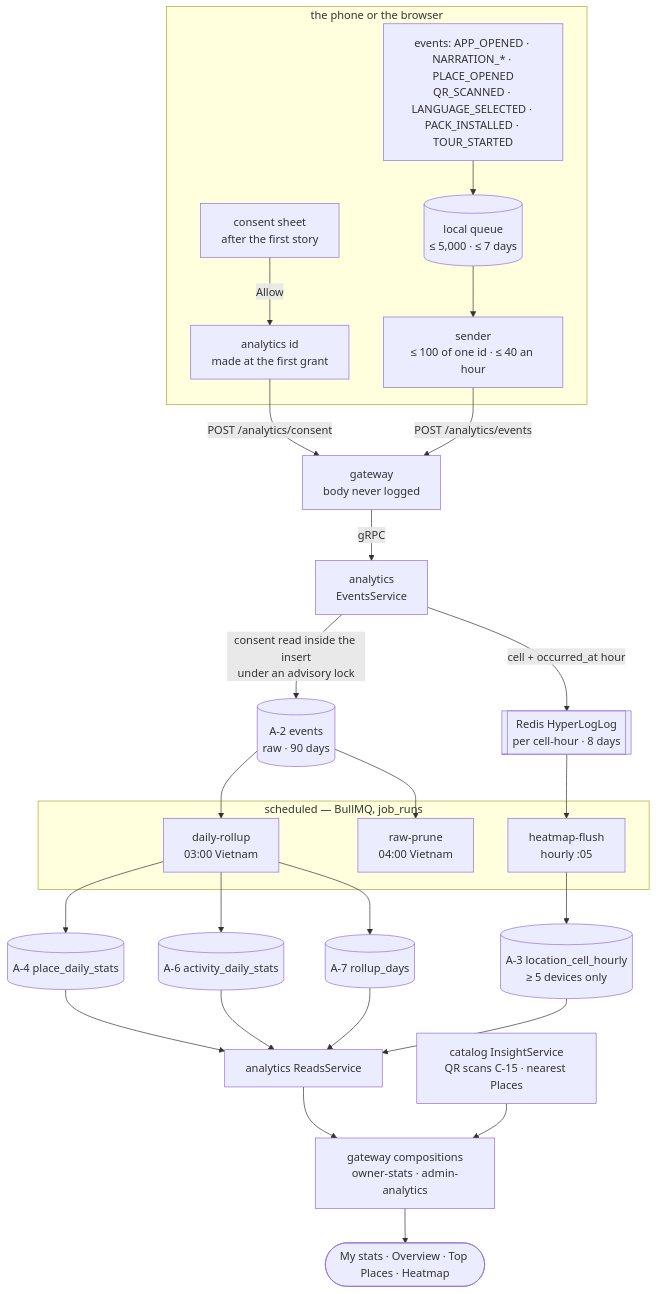
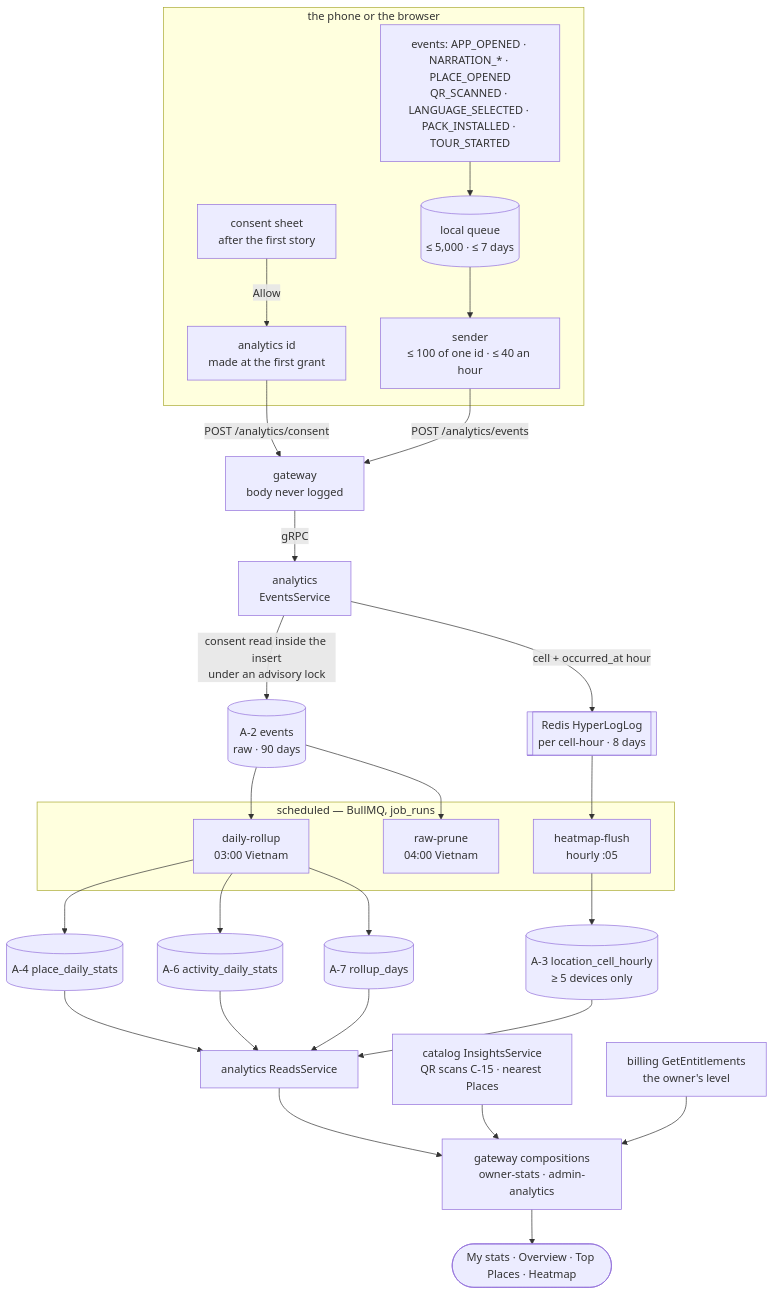
Before and after one commit to dungtq2k5/wayfare: the diagram in docs/reference/flows/analytics.md, drawn with Mermaid. The commit also changed other lines of this file and 11 other files, not shown here.

````diff
--- a/docs/reference/flows/analytics.md
+++ b/docs/reference/flows/analytics.md
@@ -11,32 +11,33 @@
 ```mermaid
 flowchart TD
   subgraph device [the phone or the browser]
     Q[consent sheet<br/>after the first story] -->|Allow| ID[analytics id<br/>made at the first grant]
     EV[events: APP_OPENED · NARRATION_* · PLACE_OPENED<br/>QR_SCANNED · LANGUAGE_SELECTED · PACK_INSTALLED · TOUR_STARTED] --> QU[(local queue<br/>≤ 5,000 · ≤ 7 days)]
     QU --> SE[sender<br/>≤ 100 of one id · ≤ 40 an hour]
   end
 
   SE -->|POST /analytics/events| GW[gateway<br/>body never logged]
   ID -->|POST /analytics/consent| GW
   GW -->|gRPC| AN[analytics<br/>EventsService]
 
   AN -->|consent read inside the insert<br/>under an advisory lock| A2[(A-2 events<br/>raw · 90 days)]
   AN -->|cell + occurred_at hour| HL[[Redis HyperLogLog<br/>per cell-hour · 8 days]]
 
   subgraph jobs [scheduled — BullMQ, job_runs]
     HF[heatmap-flush<br/>hourly :05]
     DR[daily-rollup<br/>03:00 Vietnam]
     RP[raw-prune<br/>04:00 Vietnam]
   end
 
   HL --> HF --> A3[(A-3 location_cell_hourly<br/>≥ 5 devices only)]
   A2 --> DR --> A4[(A-4 place_daily_stats)]
   DR --> A6[(A-6 activity_daily_stats)]
   DR --> A7[(A-7 rollup_days)]
   A2 --> RP
 
   A4 & A6 & A3 & A7 --> RD[analytics ReadsService]
   RD --> GW2[gateway compositions<br/>owner-stats · admin-analytics]
-  CQ[catalog InsightService<br/>QR scans C-15 · nearest Places] --> GW2
+  CQ[catalog InsightsService<br/>QR scans C-15 · nearest Places] --> GW2
+  BE[billing GetEntitlements<br/>the owner's level] --> GW2
   GW2 --> D([My stats · Overview · Top Places · Heatmap])
 ```
````
